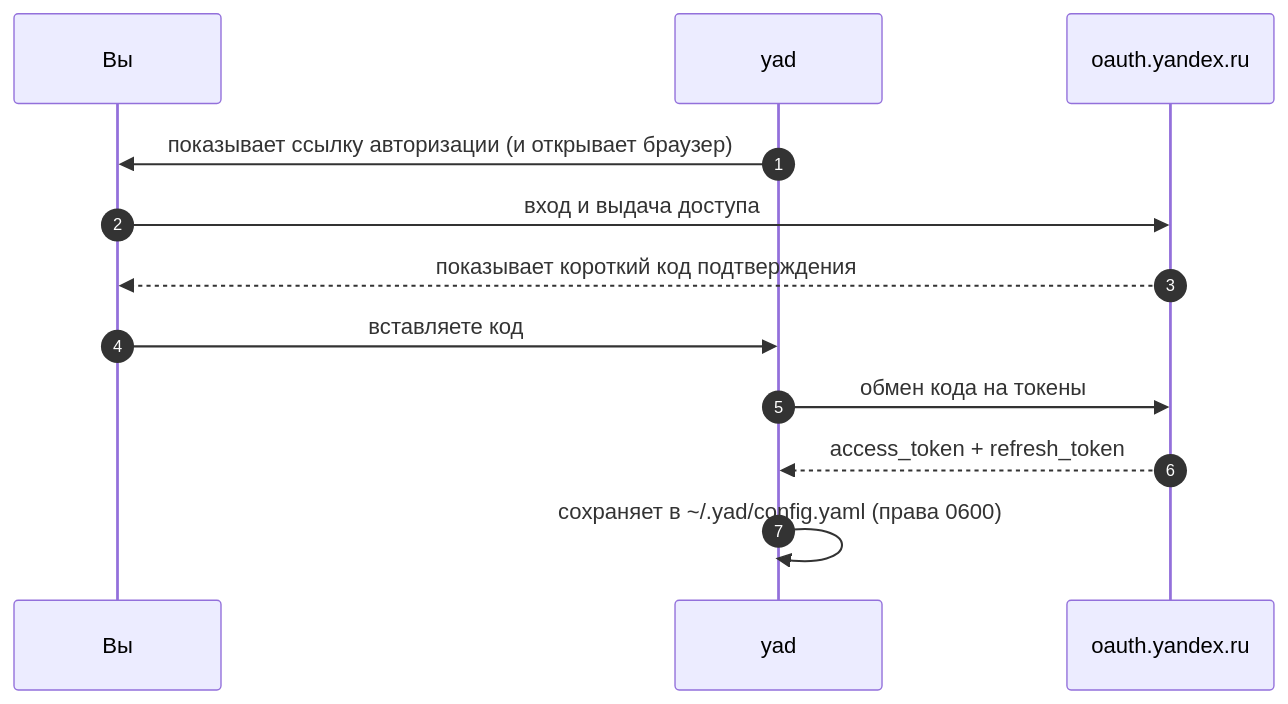
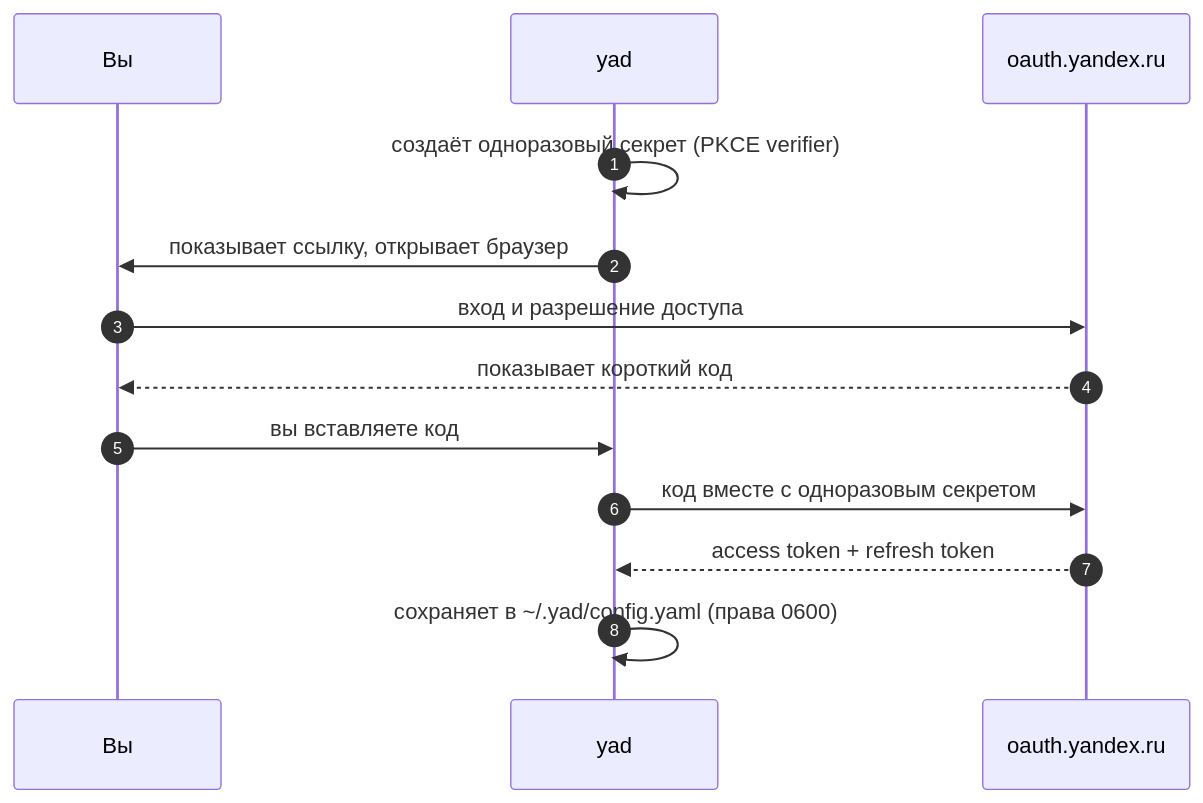
One commit to ilyabrin/yad changed the diagram in README.ru.md. Above: the diagram before and after it, drawn with Mermaid. The commit also changed other lines of this file and 1 other file, not shown here.

````diff
--- a/README.ru.md
+++ b/README.ru.md
@@ -194,15 +158,16 @@
 ```mermaid
 sequenceDiagram
     autonumber
     participant U as Вы
     participant Y as yad
     participant O as oauth.yandex.ru
 
-    Y->>U: показывает ссылку авторизации (и открывает браузер)
-    U->>O: вход и выдача доступа
-    O-->>U: показывает короткий код подтверждения
-    U->>Y: вставляете код
-    Y->>O: обмен кода на токены
-    O-->>Y: access_token + refresh_token
+    Y->>Y: создаёт одноразовый секрет (PKCE verifier)
+    Y->>U: показывает ссылку, открывает браузер
+    U->>O: вход и разрешение доступа
+    O-->>U: показывает короткий код
+    U->>Y: вы вставляете код
+    Y->>O: код вместе с одноразовым секретом
+    O-->>Y: access token + refresh token
     Y->>Y: сохраняет в ~/.yad/config.yaml (права 0600)
 ```
````
